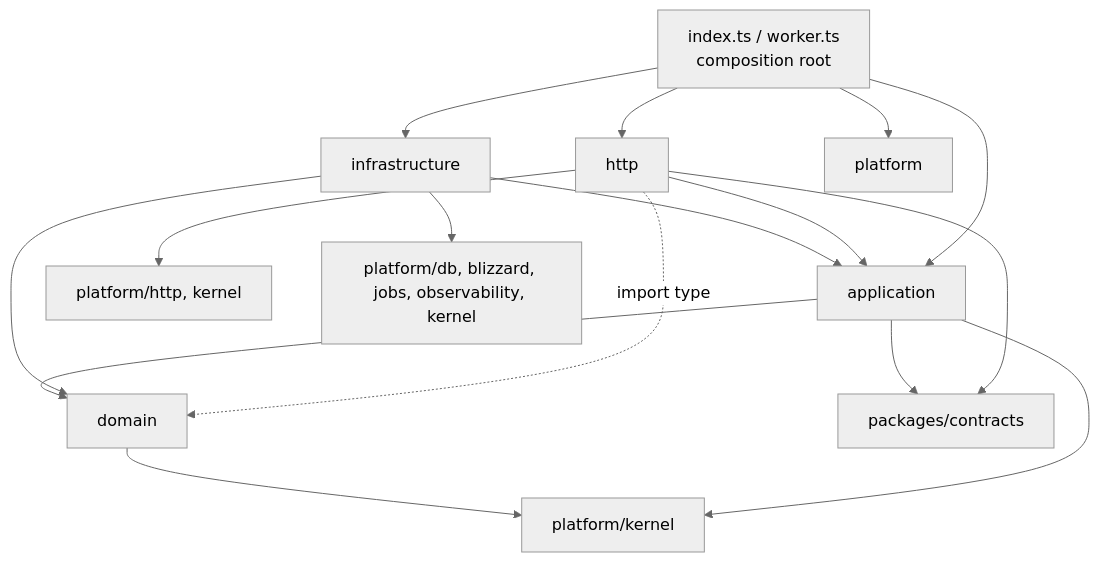
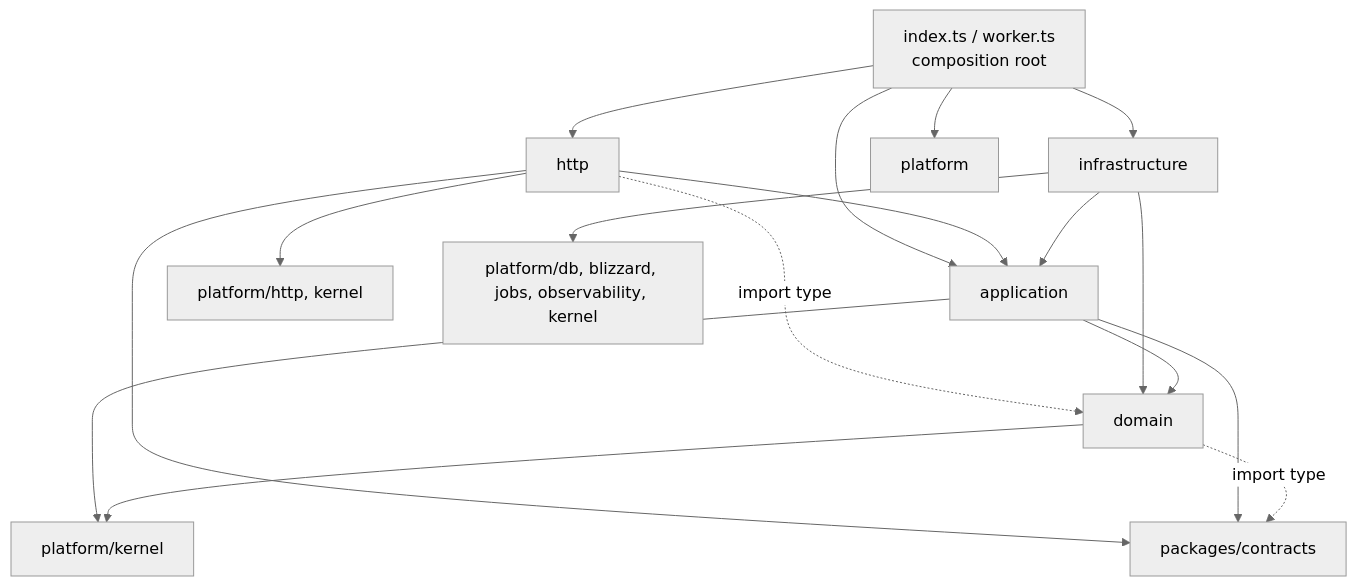
The diagram in docs/architecture/backend.md (LeMonoXx/guildhub), drawn with Mermaid (neutral theme) before and after one commit. The commit also changed other lines of this file and 26 other files, not shown here.

````diff
--- a/docs/architecture/backend.md
+++ b/docs/architecture/backend.md
@@ -45,18 +45,19 @@
 ```mermaid
 flowchart TD
   main[index.ts / worker.ts\ncomposition root] --> http
   main --> infrastructure
   main --> application
   main --> platform
   http[http] --> application
   http -. import type .-> domain
   http --> contracts[packages/contracts]
   http --> platformHttp[platform/http, kernel]
   infrastructure[infrastructure] --> application
   infrastructure --> domain
   infrastructure --> platformInfra[platform/db, blizzard, jobs, observability, kernel]
   application[application] --> domain
   application --> kernel[platform/kernel]
   application --> contracts
   domain[domain] --> kernel
+  domain -. import type .-> contracts
 ```
````
